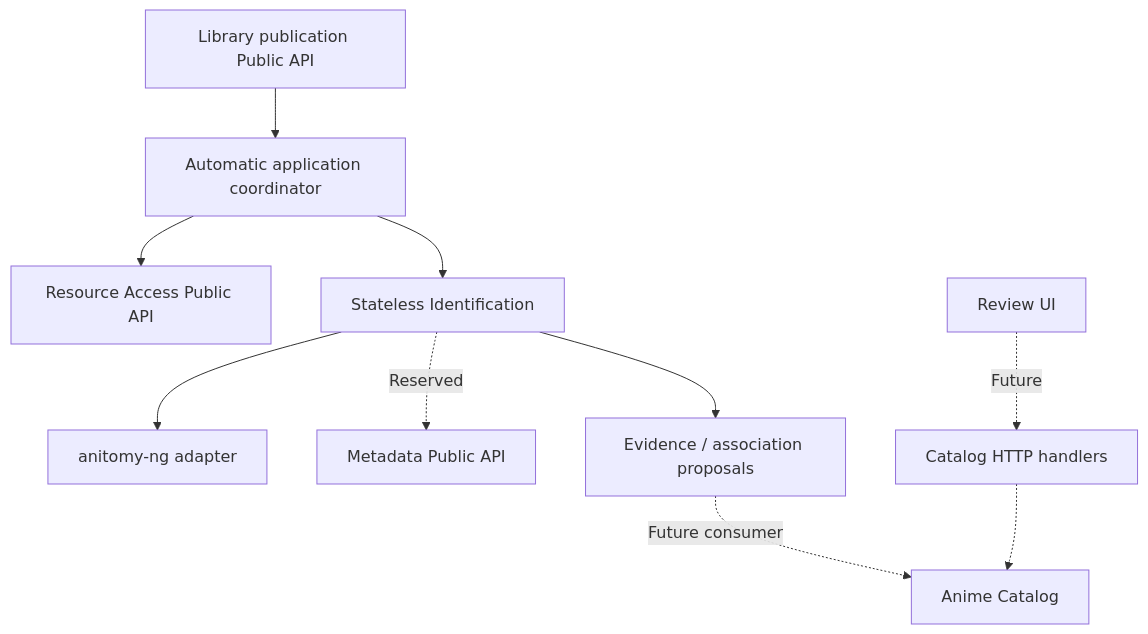
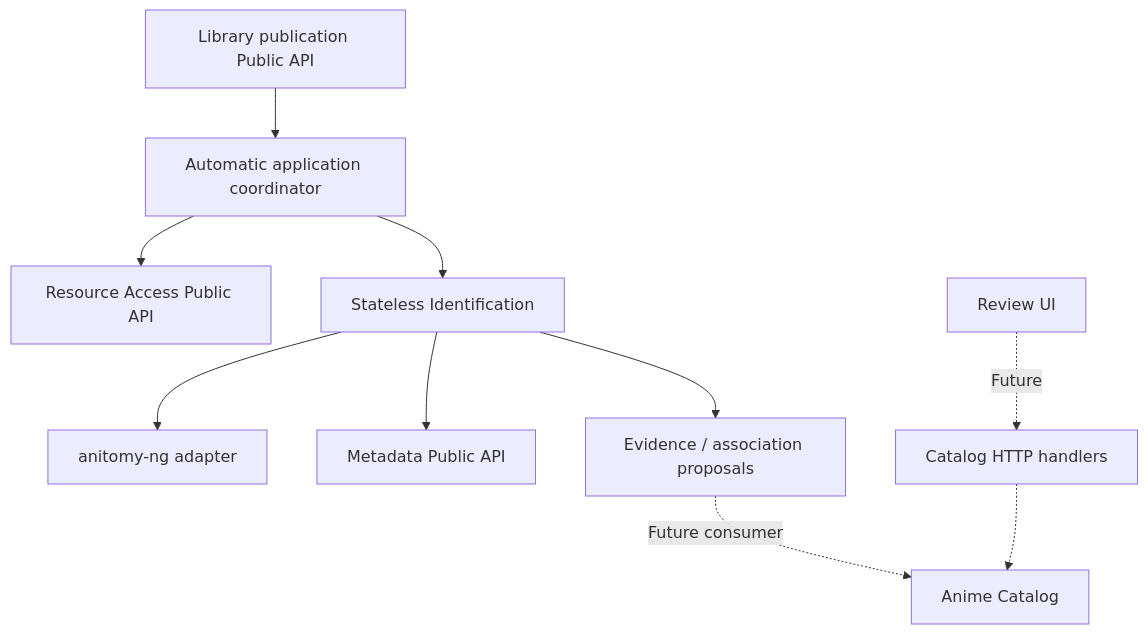
Before and after one commit to qw0er/Anishelf: the diagram in docs/current-version-design.md, drawn with Mermaid. The commit also changed other lines of this file and 32 other files, not shown here.

````diff
--- a/docs/current-version-design.md
+++ b/docs/current-version-design.md
@@ -155,12 +157,12 @@
 ```mermaid
 flowchart TD
   Library[Library publication Public API] --> Coordinator[Automatic application coordinator]
   Coordinator --> Access[Resource Access Public API]
   Coordinator --> Identify[Stateless Identification]
   Identify --> Parser[anitomy-ng adapter]
-  Identify -. Reserved .-> Metadata[Metadata Public API]
+  Identify --> Metadata[Metadata Public API]
   Identify --> Proposals[Evidence / association proposals]
   Proposals -. Future consumer .-> Catalog[Anime Catalog]
   UI[Review UI] -. Future .-> HTTP[Catalog HTTP handlers]
   HTTP -.-> Catalog
 ```
````
